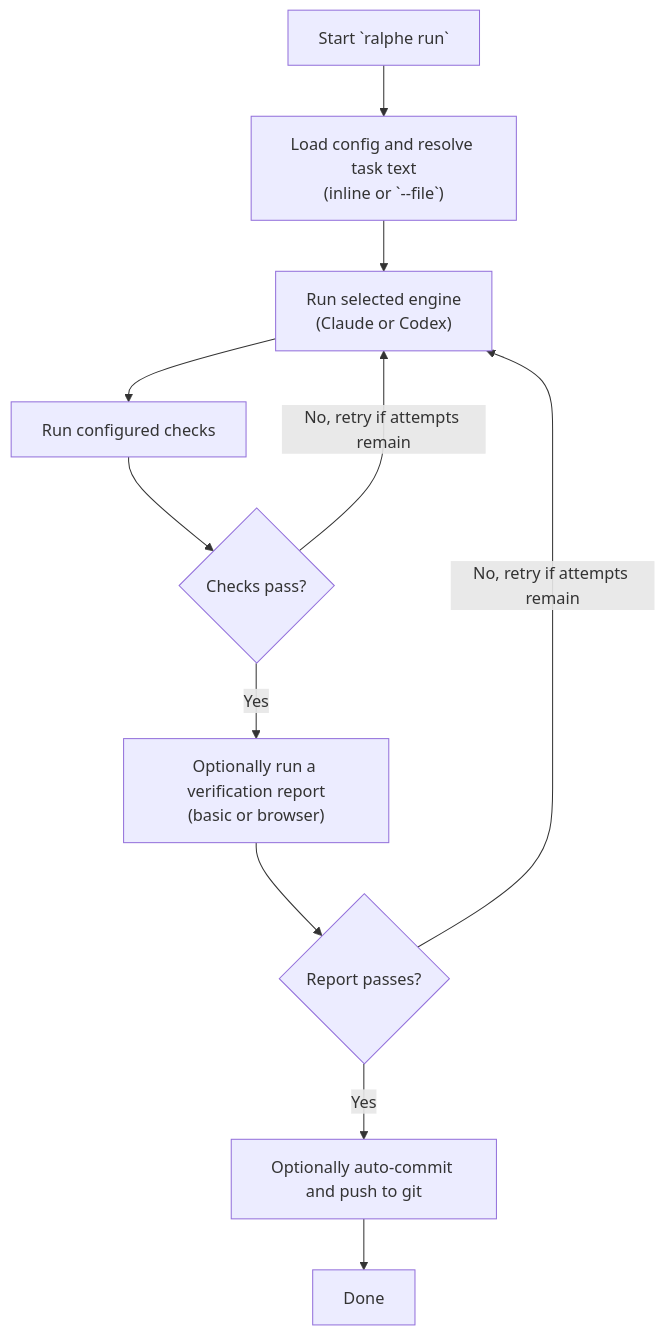
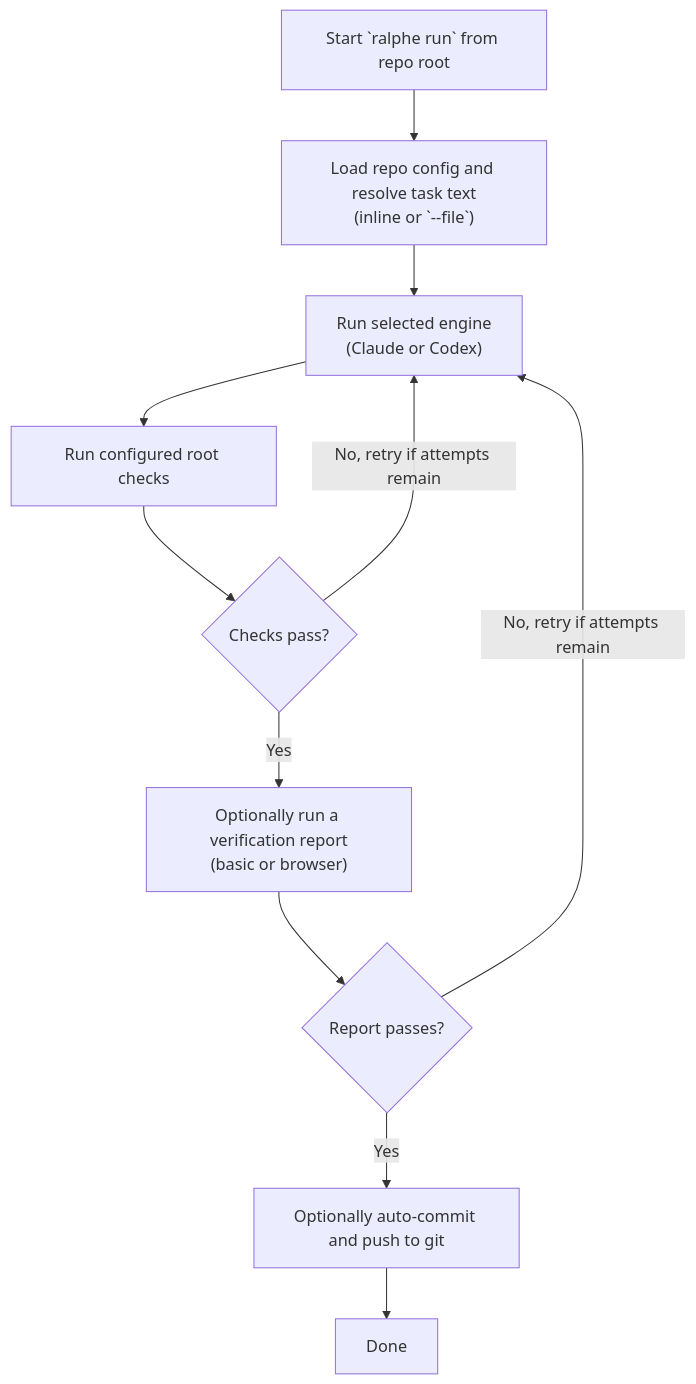
One commit to KongFastCloud/kfc-ts changed the diagram in apps/ralphe/README.md. Above: the diagram before and after it, drawn with Mermaid. The commit also changed other lines of this file and 6 other files, not shown here.

Commit message:
feat(ralphe): add background runs and root package checks

````diff
--- a/apps/ralphe/README.md
+++ b/apps/ralphe/README.md
@@ -74,13 +98,13 @@
 ```mermaid
 flowchart TD
-    A["Start `ralphe run`"] --> B["Load config and resolve task text<br/>(inline or `--file`)"]
+    A["Start `ralphe run` from repo root"] --> B["Load repo config and resolve task text<br/>(inline or `--file`)"]
     B --> C["Run selected engine<br/>(Claude or Codex)"]
-    C --> D["Run configured checks"]
+    C --> D["Run configured root checks"]
     D --> E{"Checks pass?"}
     E -- "No, retry if attempts remain" --> C
     E -- "Yes" --> F["Optionally run a verification report<br/>(basic or browser)"]
     F --> G{"Report passes?"}
     G -- "No, retry if attempts remain" --> C
     G -- "Yes" --> H["Optionally auto-commit and push to git"]
     H --> I["Done"]
 ```
````
